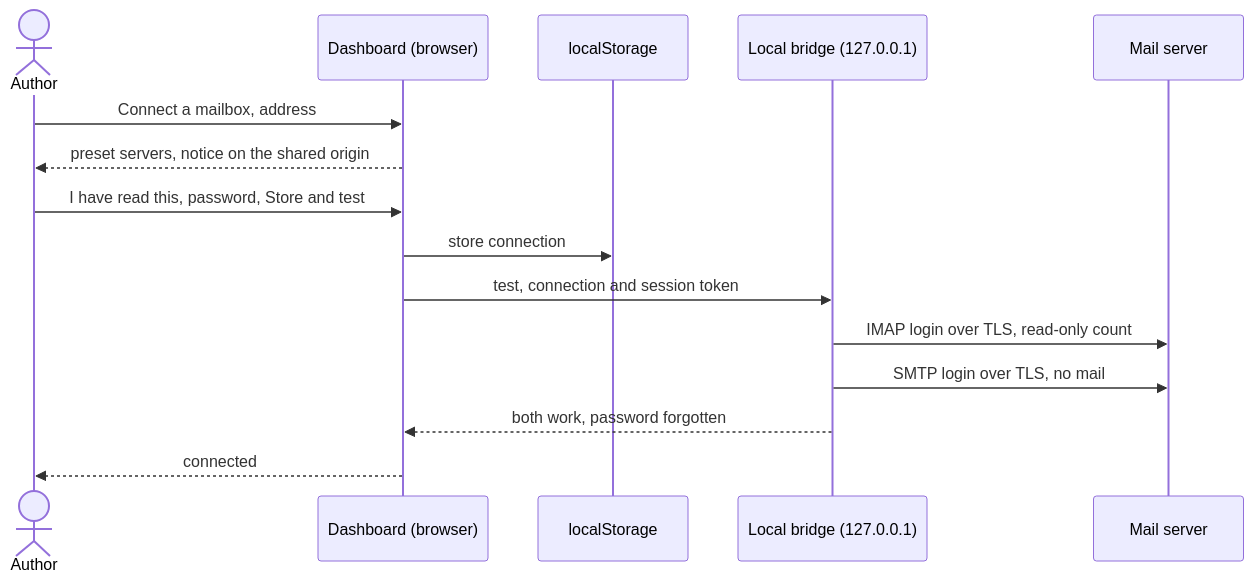
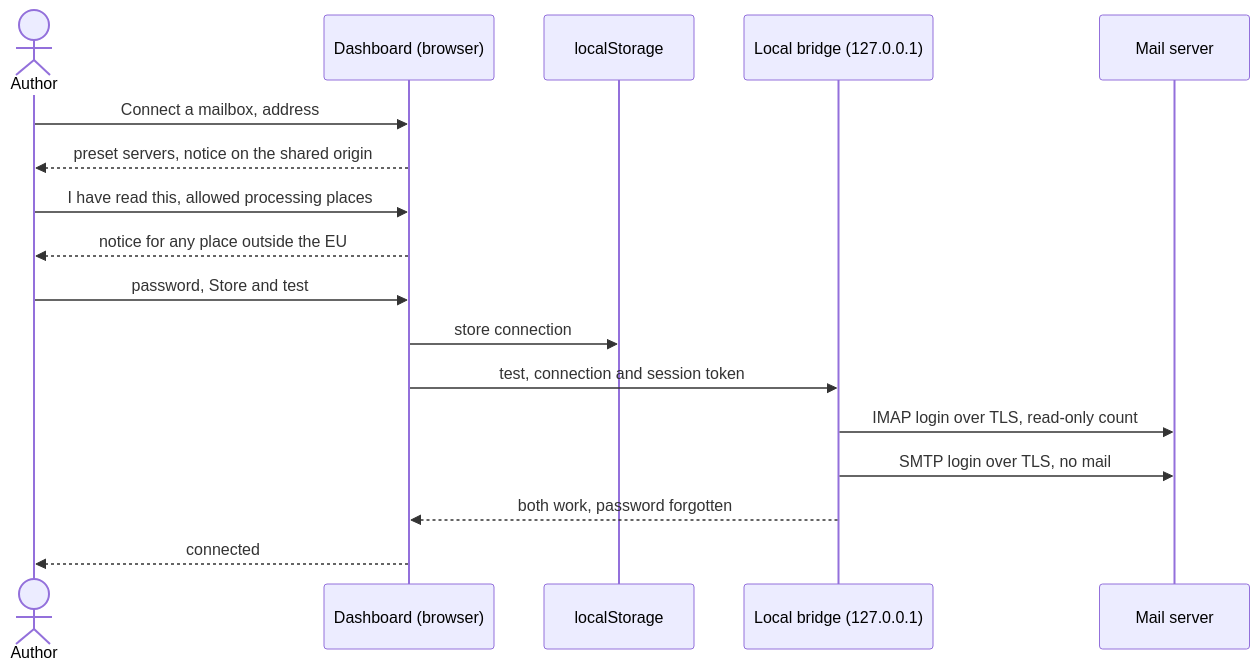
One commit to akmaier/agent-m changed the diagram in docs/use-cases/UC-037-connect-a-mailbox.md. Above: the diagram before and after it, drawn with Mermaid. The commit also changed other lines of this file and 30 other files, not shown here.

````diff
--- a/docs/use-cases/UC-037-connect-a-mailbox.md
+++ b/docs/use-cases/UC-037-connect-a-mailbox.md
@@ -76,17 +86,19 @@
 ```mermaid
 sequenceDiagram
     actor A as Author
     participant D as Dashboard (browser)
     participant L as localStorage
     participant B as Local bridge (127.0.0.1)
     participant S as Mail server
     A->>D: Connect a mailbox, address
     D-->>A: preset servers, notice on the shared origin
-    A->>D: I have read this, password, Store and test
+    A->>D: I have read this, allowed processing places
+    D-->>A: notice for any place outside the EU
+    A->>D: password, Store and test
     D->>L: store connection
     D->>B: test, connection and session token
     B->>S: IMAP login over TLS, read-only count
     B->>S: SMTP login over TLS, no mail
     B-->>D: both work, password forgotten
     D-->>A: connected
 ```
````
